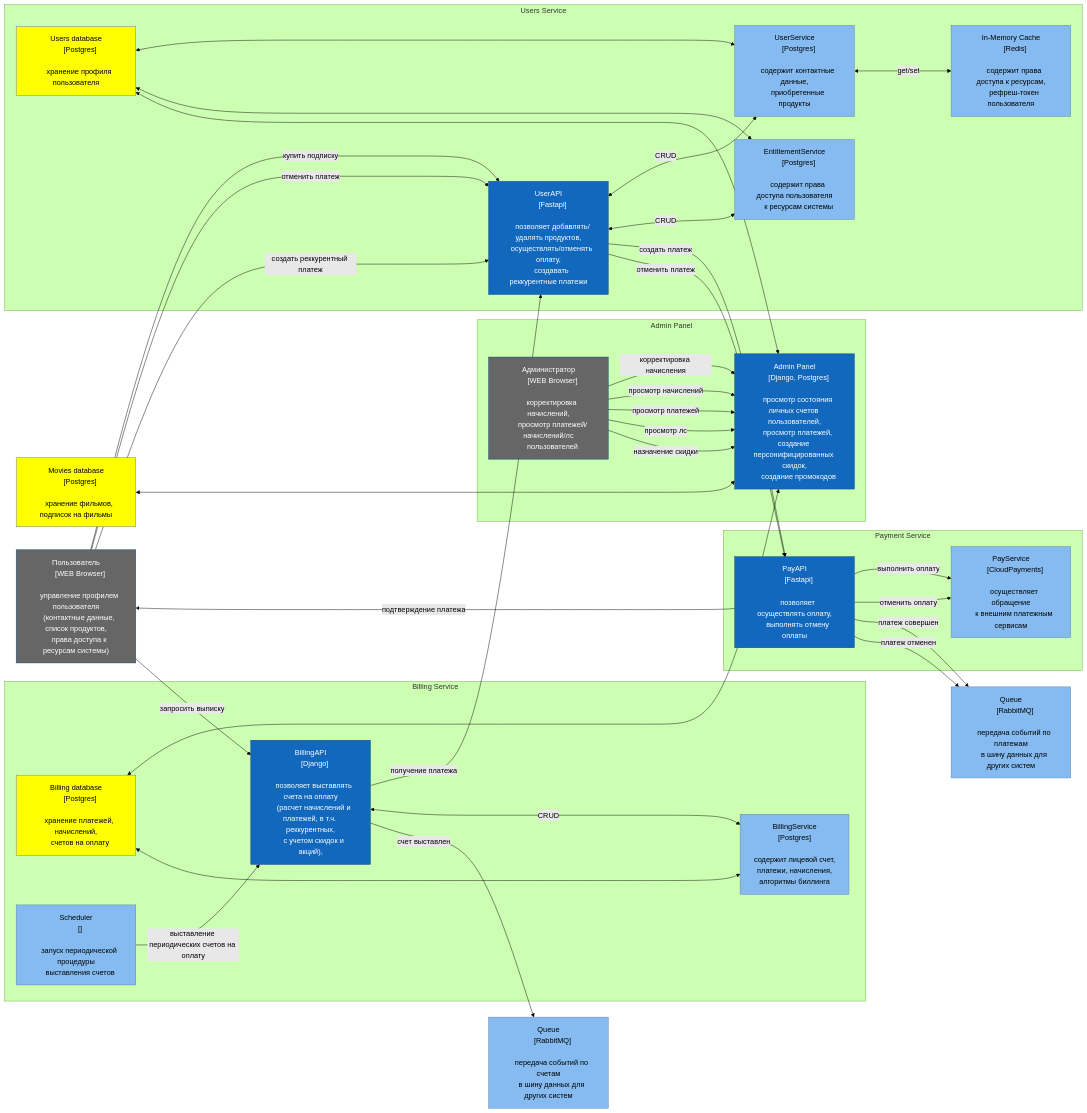
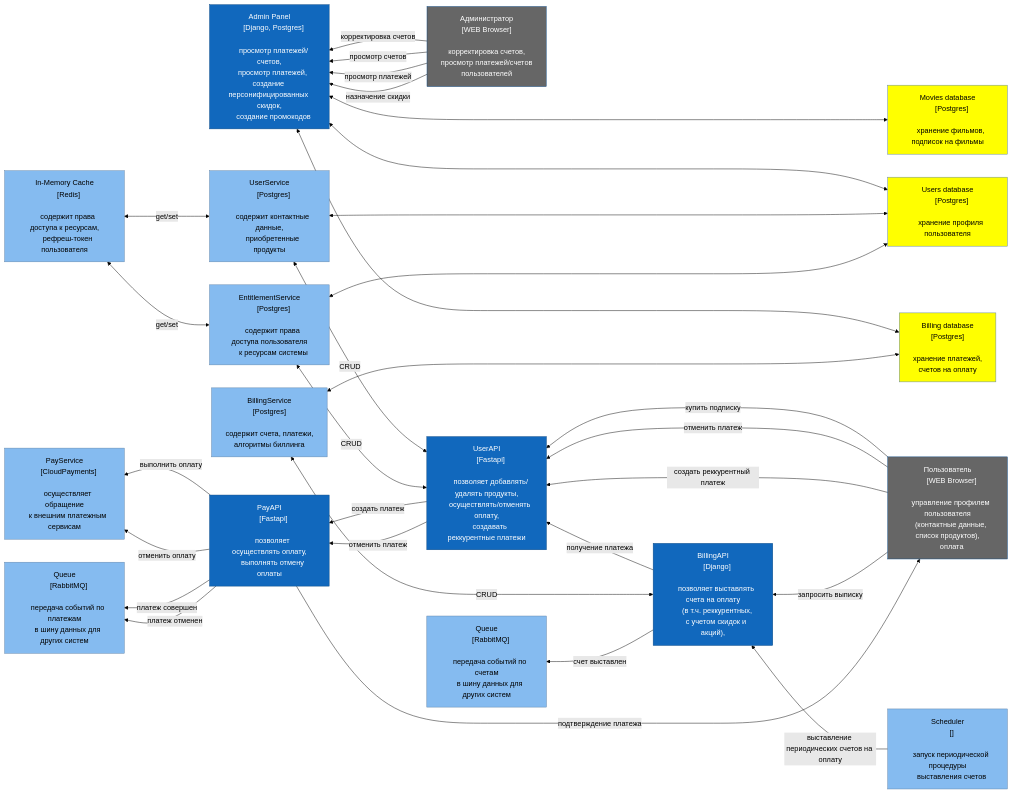
The diagram in architecture/components.md (fall3nangel/Billing_Stripe), drawn with Mermaid (forest theme) before and after one commit.

Commit message:
upd comp diagram

````diff
--- a/architecture/components.md
+++ b/architecture/components.md
@@ -1,5 +1,5 @@
 ```mermaid
-flowchart LR
+flowchart RL
     classDef api fill:#1168bd, stroke:#0b4884, color:#ffffff
     classDef client fill:#666, stroke:#0b4884, color:#ffffff
     classDef service fill:#85bbf0, stroke:#5d82a8, color:#000000
@@ -18,20 +18,20 @@
     Billing["Billing database
     [Postgres]
     
-    хранение платежей, начислений,
+    хранение платежей,
     счетов на оплату"]
     
     Admin["Администратор
     [WEB Browser]
     
-    корректировка начислений,
-    просмотр платежей/начислений/лс
+    корректировка счетов,
+    просмотр платежей/счетов
     пользователей"]
     
     AdminPanel["Admin Panel
     [Django, Postgres]
     
-    просмотр состояния личных счетов пользователей,
+    просмотр платежей/счетов,
     просмотр платежей, создание персонифицированных скидок,
     создание промокодов"]
     
@@ -39,13 +39,13 @@
     [WEB Browser]
     
     управление профилем пользователя
-    (контактные данные, список продуктов,
-    права доступа к ресурсам системы)"]
+    (контактные данные, список продуктов),
+    оплата"]
     
     UserAPI["UserAPI
     [Fastapi]
     
-    позволяет добавлять/удалять продуктов,
+    позволяет добавлять/удалять продукты,
     осуществлять/отменять оплату,
     создавать реккурентные платежи"]
     
@@ -83,14 +83,13 @@
     [Django]
     
     позволяет выставлять счета на оплату
-    (расчет начислений и платежей, в т.ч. реккурентных,
+    (в т.ч. реккурентных,
     с учетом скидок и акций),"]
     
     BillingService["BillingService
     [Postgres]
     
-    содержит лицевой счет,
-    платежи, начисления,
+    содержит счета, платежи,
     алгоритмы биллинга"]
     
     Scheduler["Scheduler
@@ -111,25 +110,22 @@
     передача событий по счетам
     в шину данных для других систем"]
     
-    subgraph Admin Panel
-        Admin--"корректировка начисления"-->AdminPanel
-        Admin--"просмотр начислений"-->AdminPanel
-        Admin--"просмотр платежей"-->AdminPanel
-        Admin--"просмотр лс"-->AdminPanel
-        Admin--"назначение скидки"-->AdminPanel
-    end
-
-    subgraph Users Service
-        UserAPI<--"CRUD"-->UserService
-        UserService<--"get/set"-->Cache
-        Users<---->UserService
-        Users<---->EntitlementService
-        UserAPI<--"CRUD"-->EntitlementService
-    end
-    
     Billing<---->AdminPanel
     Movies<---->AdminPanel
     Users<---->AdminPanel
+    
+    Admin--"корректировка счетов"-->AdminPanel
+    Admin--"просмотр счетов"-->AdminPanel
+    Admin--"просмотр платежей"-->AdminPanel
+    Admin--"назначение скидки"-->AdminPanel
+
+    UserAPI<--"CRUD"-->UserService
+    UserService<--"get/set"-->Cache
+    EntitlementService<--"get/set"-->Cache
+    Users<---->UserService
+    Users<---->EntitlementService
+    UserAPI<--"CRUD"-->EntitlementService
+    
     Client--"купить подписку"-->UserAPI
     Client--"отменить платеж"-->UserAPI
     Client--"создать реккурентный платеж"-->UserAPI
@@ -139,17 +135,12 @@
     UserAPI--"создать платеж"-->PayAPI     
     UserAPI--"отменить платеж"-->PayAPI
 
-    
-    subgraph Billing Service
-        BillingAPI<--"CRUD"-->BillingService
-        Scheduler--"выставление периодических счетов на оплату"-->BillingAPI
-        Billing<---->BillingService
-    end
-    
-    subgraph Payment Service
-        PayAPI--"выполнить оплату"-->PayService
-        PayAPI--"отменить оплату"-->PayService
-    end
+    BillingAPI<--"CRUD"-->BillingService
+    Scheduler--"выставление периодических счетов на оплату"-->BillingAPI
+    Billing<---->BillingService
+
+    PayAPI--"выполнить оплату"-->PayService
+    PayAPI--"отменить оплату"-->PayService
     
     PayAPI--"платеж совершен"-->Queue1
     PayAPI--"платеж отменен"-->Queue1
````
